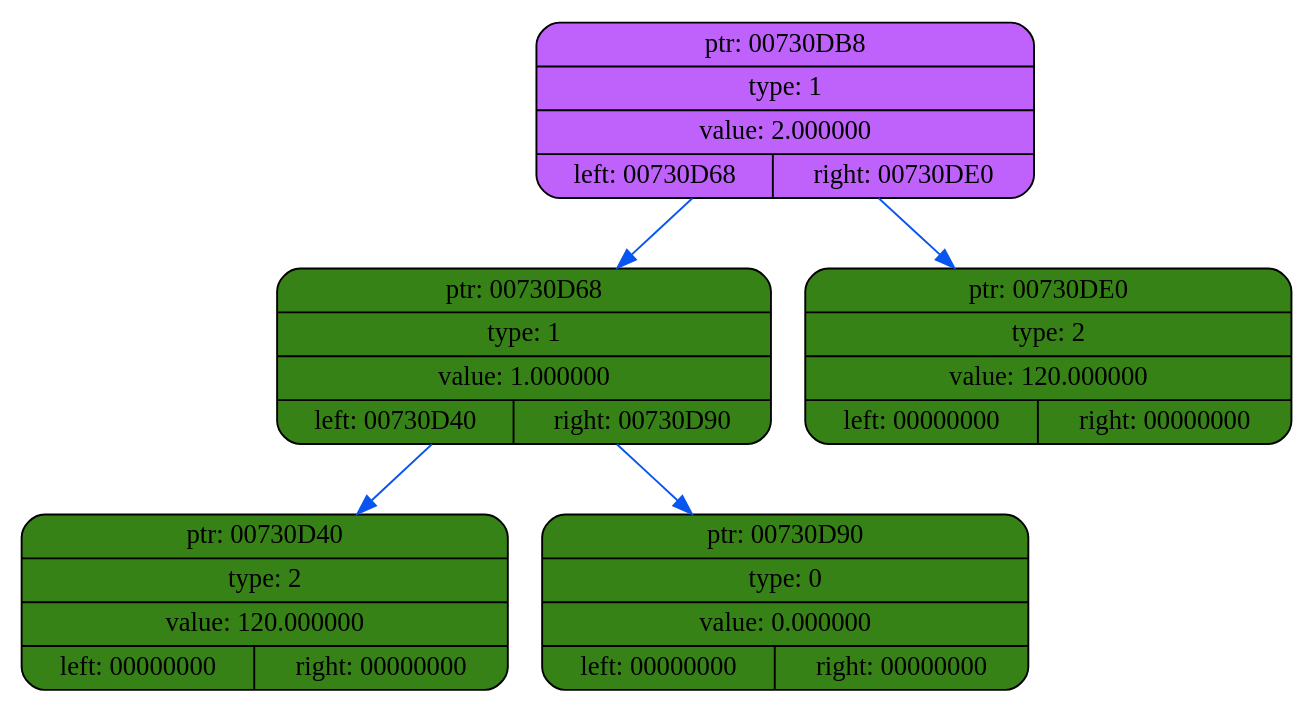
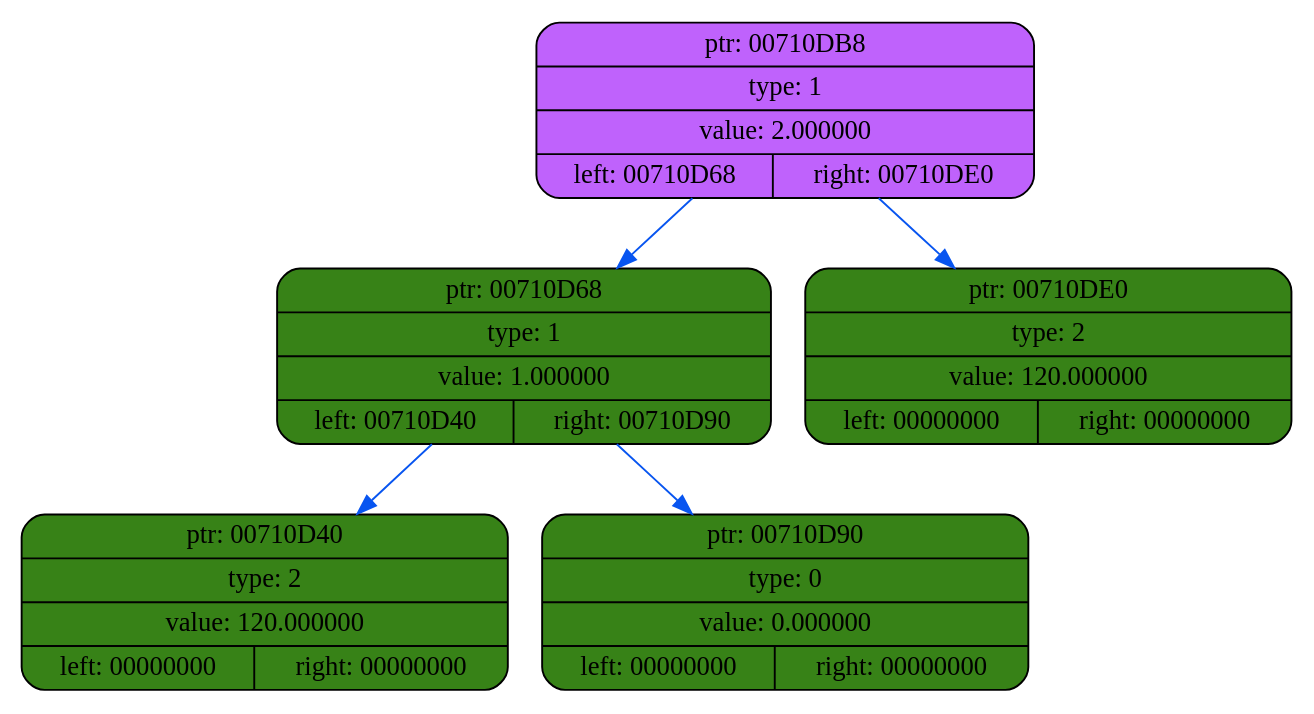
The diagram in dump/dump1.dot (coffee8cat/differentiator), drawn with Graphviz before and after one commit. The commit also changed 21 other files, not shown here.

```diff
--- a/dump/dump1.dot
+++ b/dump/dump1.dot
@@ -1,14 +1,14 @@
 digraph
 {
     rankdir=TP
 
-        node00730DB8[shape=record,style="rounded,filled",fillcolor="#BF62FC",label="{ ptr: 00730DB8 | type: 1 | value: 2.000000| { left: 00730D68 | right: 00730DE0 }}"];
-    node00730DB8 -> node00730D68[color="#0855F0"]
-    node00730D68[shape=record,style="rounded,filled",fillcolor="#378217",label="{ ptr: 00730D68 | type: 1 | value: 1.000000| { left: 00730D40 | right: 00730D90 }}"];
-    node00730D68 -> node00730D40[color="#0855F0"]
-    node00730D40[shape=record,style="rounded,filled",fillcolor="#378217",label="{ ptr: 00730D40 | type: 2 | value: 120.000000| { left: 00000000 | right: 00000000 }}"];
-    node00730D68 -> node00730D90[color="#0855F0"]
-    node00730D90[shape=record,style="rounded,filled",fillcolor="#378217",label="{ ptr: 00730D90 | type: 0 | value: 0.000000| { left: 00000000 | right: 00000000 }}"];
-    node00730DB8 -> node00730DE0[color="#0855F0"]
-    node00730DE0[shape=record,style="rounded,filled",fillcolor="#378217",label="{ ptr: 00730DE0 | type: 2 | value: 120.000000| { left: 00000000 | right: 00000000 }}"];
+        node00710DB8[shape=record,style="rounded,filled",fillcolor="#BF62FC",label="{ ptr: 00710DB8 | type: 1 | value: 2.000000| { left: 00710D68 | right: 00710DE0 }}"];
+    node00710DB8 -> node00710D68[color="#0855F0"]
+    node00710D68[shape=record,style="rounded,filled",fillcolor="#378217",label="{ ptr: 00710D68 | type: 1 | value: 1.000000| { left: 00710D40 | right: 00710D90 }}"];
+    node00710D68 -> node00710D40[color="#0855F0"]
+    node00710D40[shape=record,style="rounded,filled",fillcolor="#378217",label="{ ptr: 00710D40 | type: 2 | value: 120.000000| { left: 00000000 | right: 00000000 }}"];
+    node00710D68 -> node00710D90[color="#0855F0"]
+    node00710D90[shape=record,style="rounded,filled",fillcolor="#378217",label="{ ptr: 00710D90 | type: 0 | value: 0.000000| { left: 00000000 | right: 00000000 }}"];
+    node00710DB8 -> node00710DE0[color="#0855F0"]
+    node00710DE0[shape=record,style="rounded,filled",fillcolor="#378217",label="{ ptr: 00710DE0 | type: 2 | value: 120.000000| { left: 00000000 | right: 00000000 }}"];
 }
```
